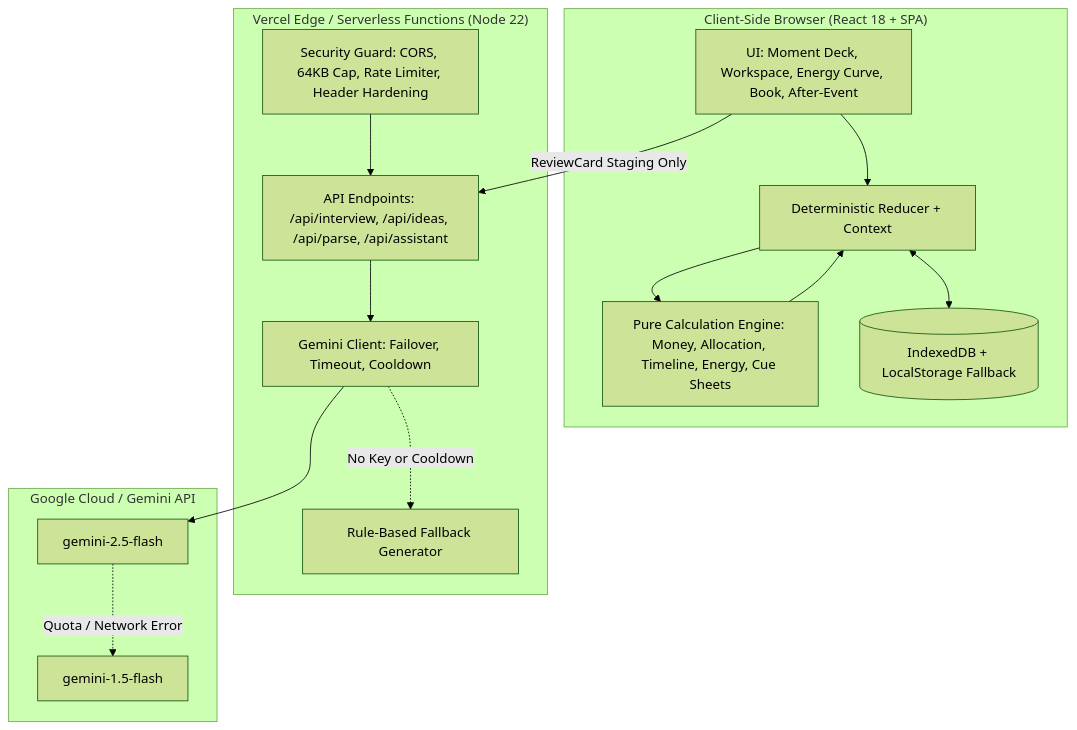
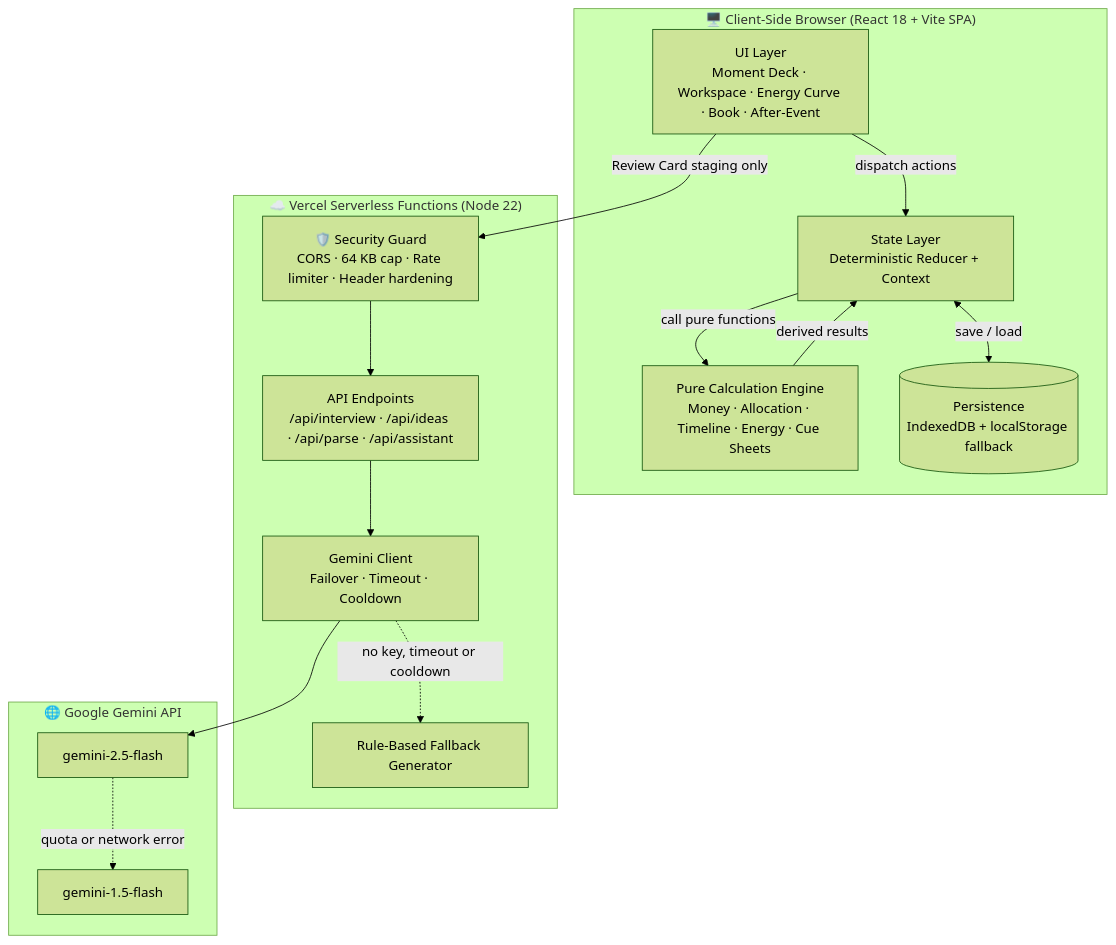
Before and after one commit to vanshkadia2511-pixel/Challenge_5: the third of 13 diagrams in README.md, drawn with Mermaid (forest theme). The commit also changed other lines of this file and 6 other files, not shown here.

Commit message:
docs: update README with comprehensive architecture and new screenshots

````diff
--- a/README.md
+++ b/README.md
@@ -74,34 +277,34 @@
 ```mermaid
 flowchart TD
-    subgraph Browser ["Client-Side Browser (React 18 + SPA)"]
-        UI[UI: Moment Deck, Workspace, Energy Curve, Book, After-Event]
-        State[Deterministic Reducer + Context]
-        Engine[Pure Calculation Engine: Money, Allocation, Timeline, Energy, Cue Sheets]
-        Storage[(IndexedDB + LocalStorage Fallback)]
-        
-        UI --> State
-        State --> Engine
-        Engine --> State
-        State <--> Storage
+    subgraph Browser["🖥️ Client-Side Browser (React 18 + Vite SPA)"]
+        UI["UI Layer<br/>Moment Deck · Workspace · Energy Curve · Book · After-Event"]
+        State["State Layer<br/>Deterministic Reducer + Context"]
+        Engine["Pure Calculation Engine<br/>Money · Allocation · Timeline · Energy · Cue Sheets"]
+        Storage[("Persistence<br/>IndexedDB + localStorage fallback")]
+
+        UI -->|"dispatch actions"| State
+        State -->|"call pure functions"| Engine
+        Engine -->|"derived results"| State
+        State <-->|"save / load"| Storage
     end
 
-    subgraph Serverless ["Vercel Edge / Serverless Functions (Node 22)"]
-        API[API Endpoints: /api/interview, /api/ideas, /api/parse, /api/assistant]
-        Guard[Security Guard: CORS, 64KB Cap, Rate Limiter, Header Hardening]
-        Client[Gemini Client: Failover, Timeout, Cooldown]
-        Fallback[Rule-Based Fallback Generator]
+    subgraph Serverless["☁️ Vercel Serverless Functions (Node 22)"]
+        Guard["🛡️ Security Guard<br/>CORS · 64 KB cap · Rate limiter · Header hardening"]
+        API["API Endpoints<br/>/api/interview · /api/ideas · /api/parse · /api/assistant"]
+        Client["Gemini Client<br/>Failover · Timeout · Cooldown"]
+        Fallback["Rule-Based Fallback Generator"]
 
         Guard --> API
         API --> Client
-        Client -.->|No Key or Cooldown| Fallback
+        Client -.->|"no key, timeout or cooldown"| Fallback
     end
 
-    subgraph External ["Google Cloud / Gemini API"]
-        G1[gemini-2.5-flash]
-        G2[gemini-1.5-flash]
+    subgraph External["🌐 Google Gemini API"]
+        G1["gemini-2.5-flash"]
+        G2["gemini-1.5-flash"]
     end
 
-    UI -->|ReviewCard Staging Only| API
+    UI -->|"Review Card staging only"| Guard
     Client --> G1
-    G1 -.->|Quota / Network Error| G2
+    G1 -.->|"quota or network error"| G2
 ```
````
